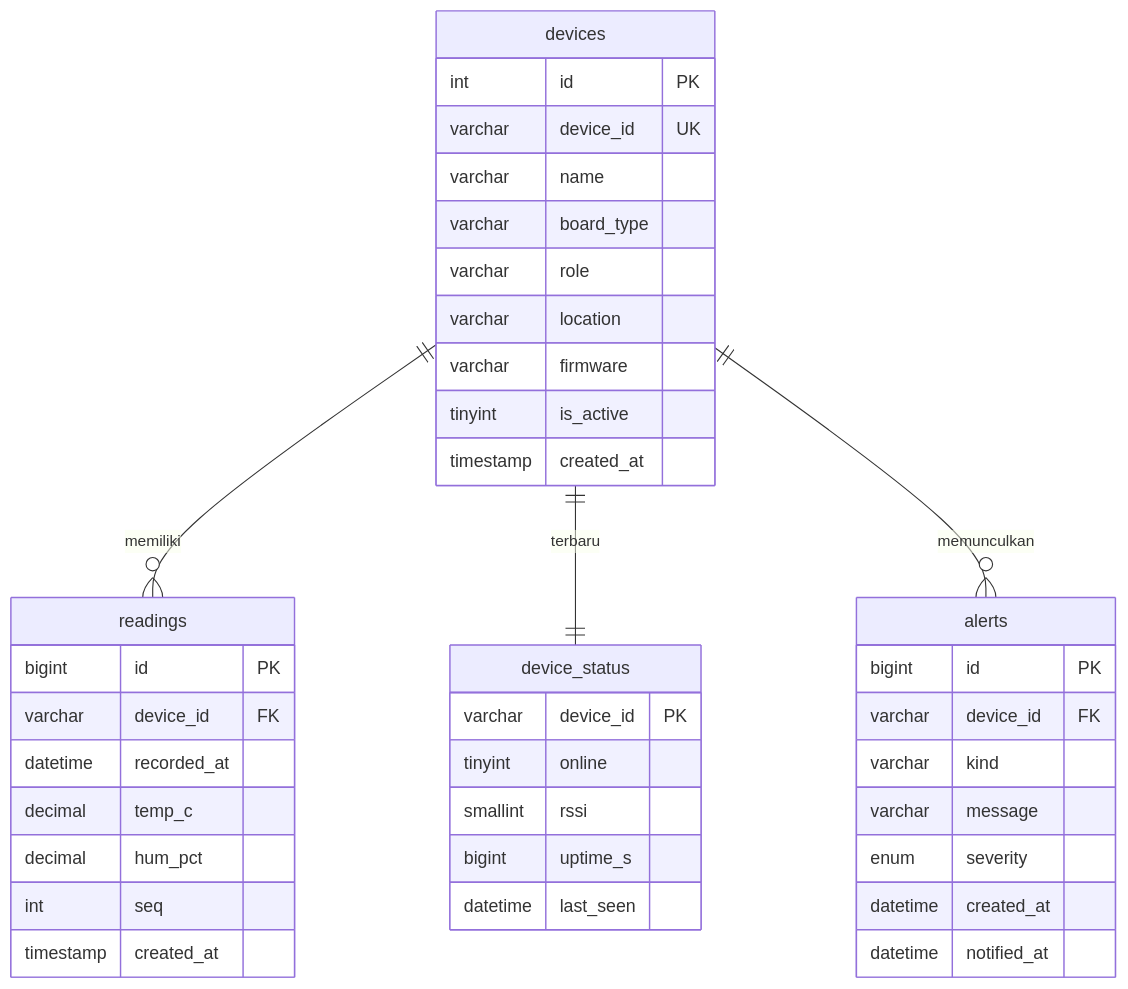
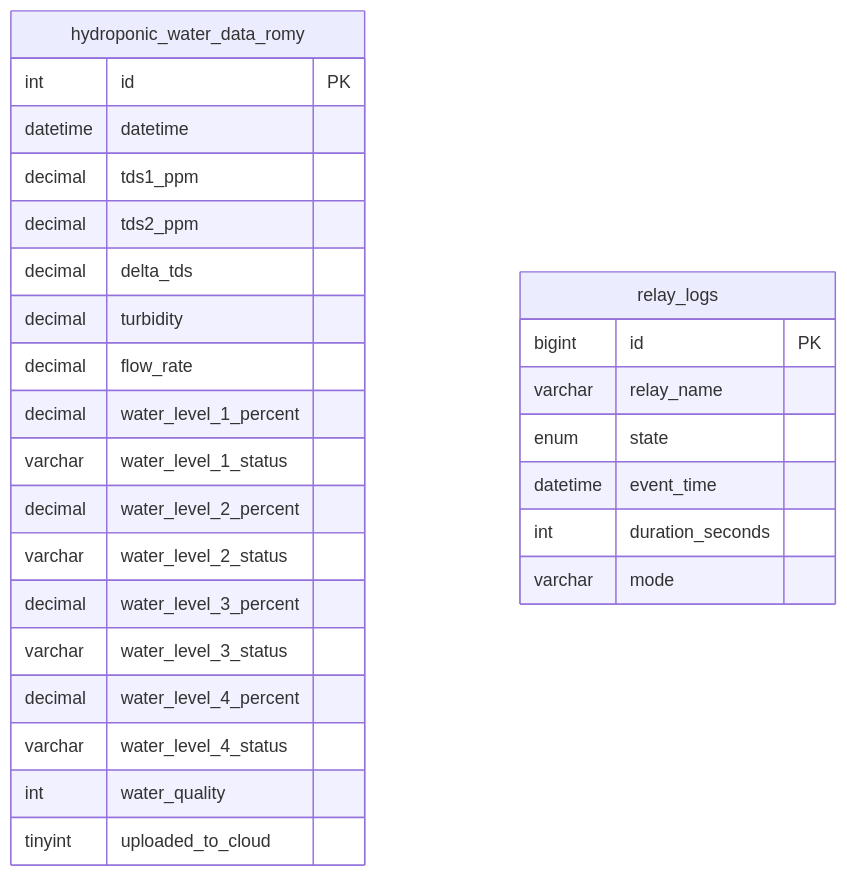
The diagram in docs/database.id.md (livinglab-source/Romyadhy), drawn with Mermaid before and after one commit. The commit also changed other lines of this file and 31 other files, not shown here.

````diff
--- a/docs/database.id.md
+++ b/docs/database.id.md
@@ -9,46 +18,31 @@
 ```mermaid
 erDiagram
-  devices ||--o{ readings : "memiliki"
-  devices ||--|| device_status : "terbaru"
-  devices ||--o{ alerts : "memunculkan"
-
-  devices {
+  hydroponic_water_data_romy {
     int      id PK
-    varchar  device_id UK
-    varchar  name
-    varchar  board_type
-    varchar  role
-    varchar  location
-    varchar  firmware
-    tinyint  is_active
-    timestamp created_at
+    datetime datetime
+    decimal  tds1_ppm
+    decimal  tds2_ppm
+    decimal  delta_tds
+    decimal  turbidity
+    decimal  flow_rate
+    decimal  water_level_1_percent
+    varchar  water_level_1_status
+    decimal  water_level_2_percent
+    varchar  water_level_2_status
+    decimal  water_level_3_percent
+    varchar  water_level_3_status
+    decimal  water_level_4_percent
+    varchar  water_level_4_status
+    int      water_quality
+    tinyint  uploaded_to_cloud
   }
 
-  readings {
+  relay_logs {
     bigint   id PK
-    varchar  device_id FK
-    datetime recorded_at
-    decimal  temp_c
-    decimal  hum_pct
-    int      seq
-    timestamp created_at
-  }
-
-  device_status {
-    varchar  device_id PK
-    tinyint  online
-    smallint rssi
-    bigint   uptime_s
-    datetime last_seen
-  }
-
-  alerts {
-    bigint   id PK
-    varchar  device_id FK
-    varchar  kind
-    varchar  message
-    enum     severity
-    datetime created_at
-    datetime notified_at
+    varchar  relay_name
+    enum     state
+    datetime event_time
+    int      duration_seconds
+    varchar  mode
   }
 ```
````
